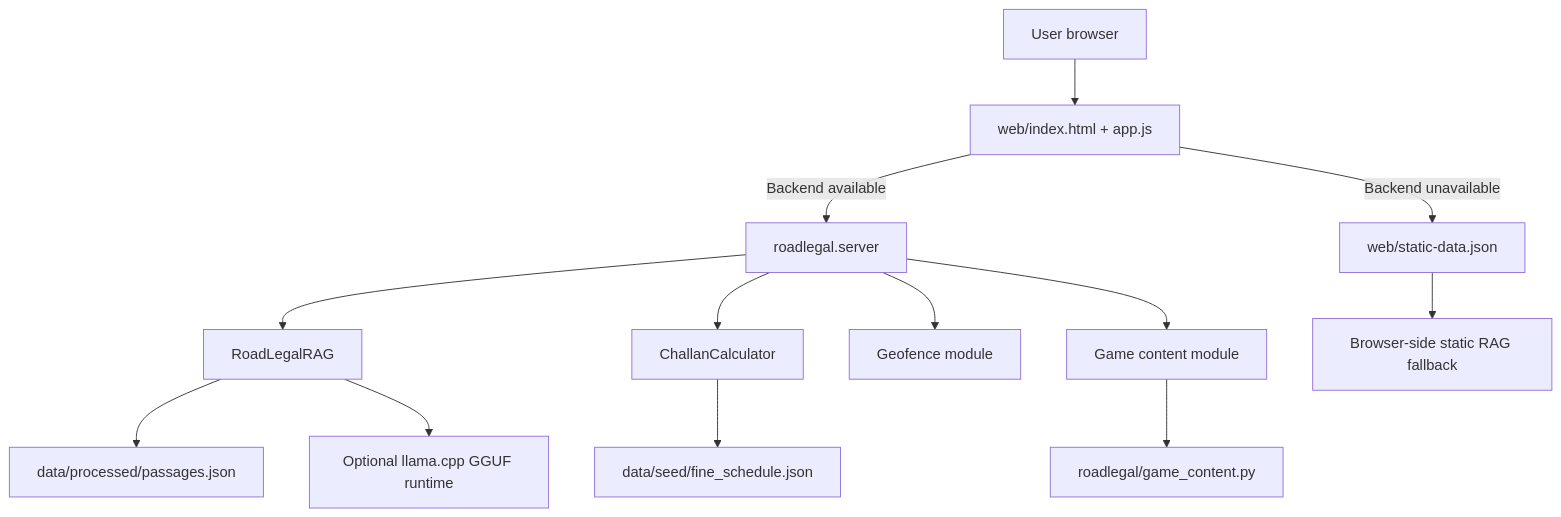
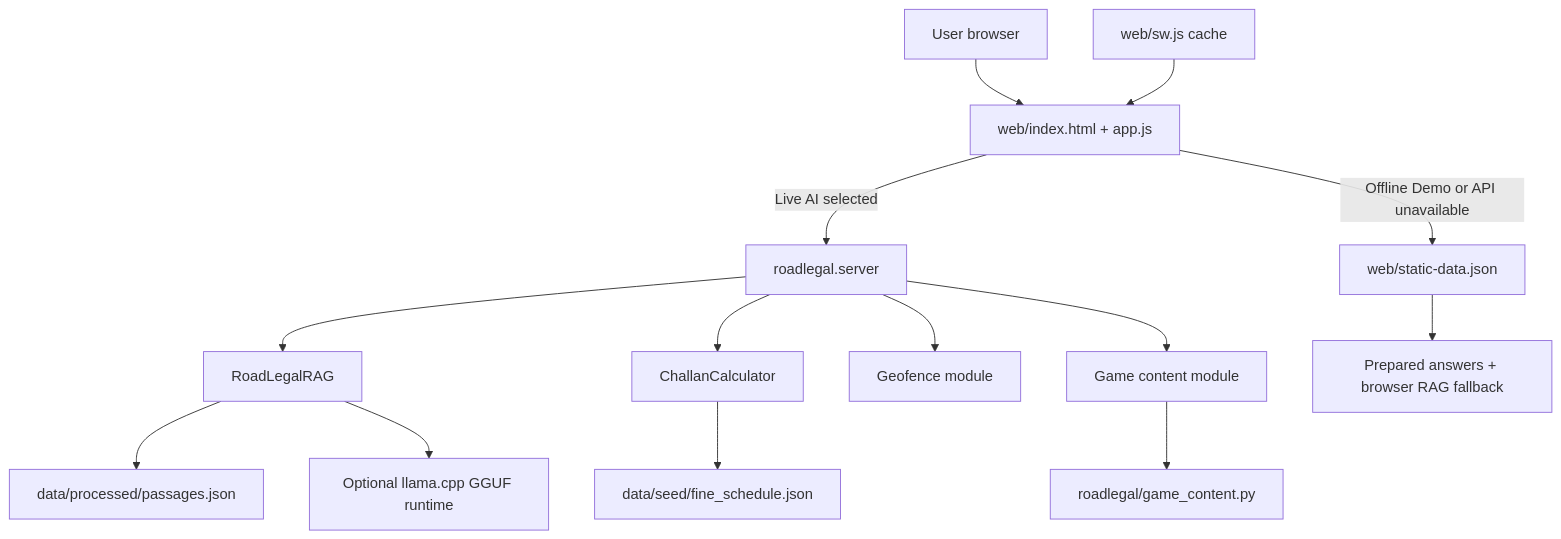
The diagram in docs/DEVELOPMENT_TECHNICAL_SUPPORT_GUIDE.md (HopeChanphot/roadlegal), drawn with Mermaid before and after one commit. The commit also changed other lines of this file and 12 other files, not shown here.

Commit message:
Add complete offline judge demo

````diff
--- a/docs/DEVELOPMENT_TECHNICAL_SUPPORT_GUIDE.md
+++ b/docs/DEVELOPMENT_TECHNICAL_SUPPORT_GUIDE.md
@@ -133,15 +134,16 @@
 ```mermaid
 flowchart TD
     User["User browser"] --> UI["web/index.html + app.js"]
-    UI -->|Backend available| API["roadlegal.server"]
-    UI -->|Backend unavailable| Static["web/static-data.json"]
+    UI -->|Live AI selected| API["roadlegal.server"]
+    UI -->|Offline Demo or API unavailable| Static["web/static-data.json"]
+    SW["web/sw.js cache"] --> UI
     API --> RAG["RoadLegalRAG"]
     API --> Calc["ChallanCalculator"]
     API --> Geo["Geofence module"]
     API --> Game["Game content module"]
     RAG --> Index["data/processed/passages.json"]
     RAG --> LLM["Optional llama.cpp GGUF runtime"]
     Calc --> Fines["data/seed/fine_schedule.json"]
     Game --> Quiz["roadlegal/game_content.py"]
-    Static --> BrowserRAG["Browser-side static RAG fallback"]
+    Static --> Prepared["Prepared answers + browser RAG fallback"]
 ```
````
